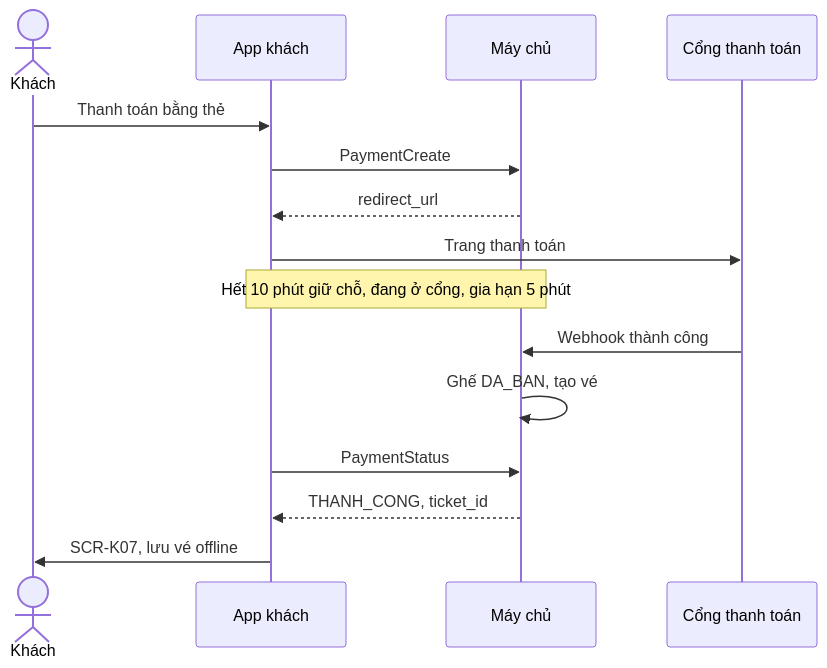
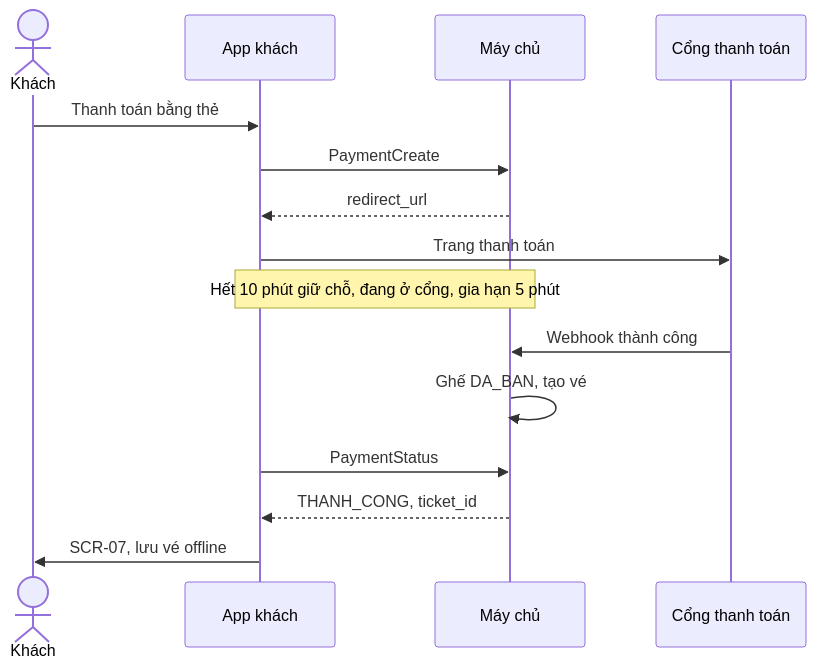
Before and after one commit to uxfoundation-vn/de08-dat-ve-xem-phim: diagram 14 of 15 in docs/SRS.md, drawn with Mermaid. The commit also changed other lines of this file and 2 other files, not shown here.

````diff
--- a/docs/SRS.md
+++ b/docs/SRS.md
@@ -1105,17 +803,17 @@
 ```mermaid
 sequenceDiagram
   actor K as Khách
   participant App as App khách
   participant API as Máy chủ
   participant PG as Cổng thanh toán
   K->>App: Thanh toán bằng thẻ
   App->>API: PaymentCreate
   API-->>App: redirect_url
   App->>PG: Trang thanh toán
   Note over App,API: Hết 10 phút giữ chỗ, đang ở cổng, gia hạn 5 phút
   PG->>API: Webhook thành công
   API->>API: Ghế DA_BAN, tạo vé
   App->>API: PaymentStatus
   API-->>App: THANH_CONG, ticket_id
-  App->>K: SCR-K07, lưu vé offline
+  App->>K: SCR-07, lưu vé offline
 ```
````
